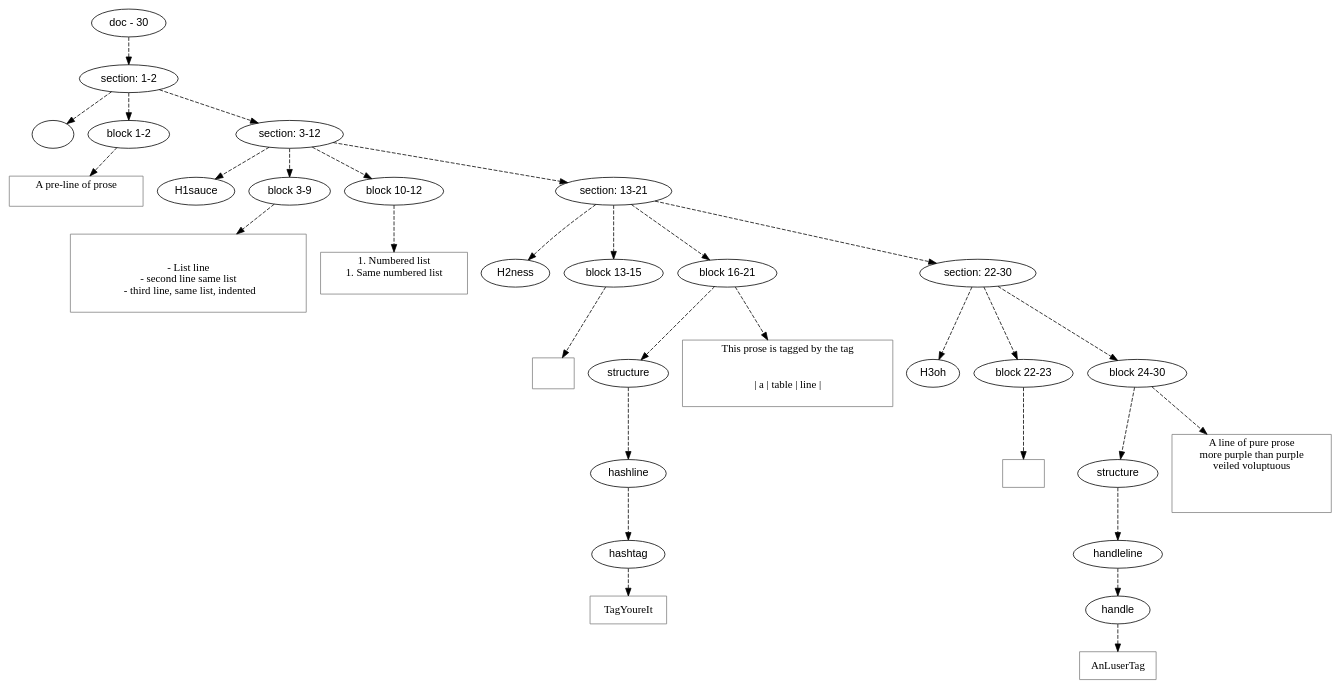
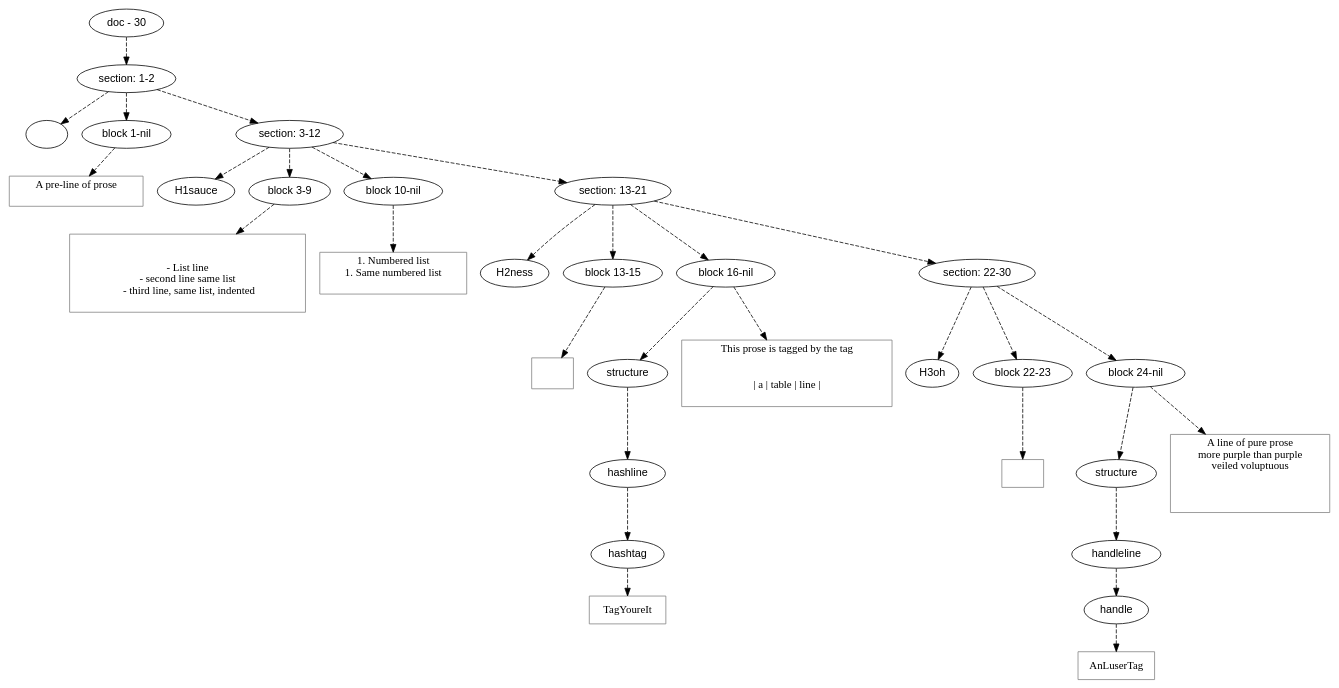
One commit to mnemnion/orb changed the diagram in orb/dot/samples/chunky.gm.dot. Above: the diagram before and after it, drawn with Graphviz. The commit also changed 40 other files, not shown here.

```diff
--- a/orb/dot/samples/chunky.gm.dot
+++ b/orb/dot/samples/chunky.gm.dot
@@ -1,117 +1,117 @@
 digraph hierarchy {
 
 node [fontname=Helvetica]
 edge [style=dashed]
 
 doc_0 [label="doc - 30"]
 
 doc_0 -> { section_1}
 {rank=same; section_1}
 
 section_1 [label="section: 1-2"]
 
 section_1 -> { header_2 block_3 section_4}
 {rank=same; header_2 block_3 section_4}
 
 header_2 [label=""]
-block_3 [label="block 1-2"]
+block_3 [label="block 1-nil"]
 section_4 [label="section: 3-12"]
 
 
 block_3 -> leaf_5
 leaf_5  [color=Gray,shape=rectangle,fontname=Inconsolata,label="A pre-line of prose
 
 "]section_4 -> { header_6 block_7 block_8 section_9}
 {rank=same; header_6 block_7 block_8 section_9}
 
 header_6 [label="H1sauce"]
 block_7 [label="block 3-9"]
-block_8 [label="block 10-12"]
+block_8 [label="block 10-nil"]
 section_9 [label="section: 13-21"]
 
 
 block_7 -> leaf_10
 leaf_10  [color=Gray,shape=rectangle,fontname=Inconsolata,label="
 
 - List line
 - second line same list
   - third line, same list, indented
 
 "]
 block_8 -> leaf_11
 leaf_11  [color=Gray,shape=rectangle,fontname=Inconsolata,label="1. Numbered list
 1. Same numbered list
 
 "]section_9 -> { header_12 block_13 block_14 section_15}
 {rank=same; header_12 block_13 block_14 section_15}
 
 header_12 [label="H2ness"]
 block_13 [label="block 13-15"]
-block_14 [label="block 16-21"]
+block_14 [label="block 16-nil"]
 section_15 [label="section: 22-30"]
 
 
 block_13 -> leaf_16
 leaf_16  [color=Gray,shape=rectangle,fontname=Inconsolata,label="
 
 "]block_14 -> { structure_17}
 {rank=same; structure_17}
 
 structure_17 [label="structure"]
 
 structure_17 -> { hashline_18}
 {rank=same; hashline_18}
 
 hashline_18 [label="hashline"]
 
 hashline_18 -> { hashtag_19}
 {rank=same; hashtag_19}
 
 hashtag_19 [label="hashtag"]
 
 
 hashtag_19 -> leaf_20
 leaf_20  [color=Gray,shape=rectangle,fontname=Inconsolata,label="TagYoureIt"]
 block_14 -> leaf_21
 leaf_21  [color=Gray,shape=rectangle,fontname=Inconsolata,label="This prose is tagged by the tag
 
 
 | a | table | line |
 
 "]section_15 -> { header_22 block_23 block_24}
 {rank=same; header_22 block_23 block_24}
 
 header_22 [label="H3oh"]
 block_23 [label="block 22-23"]
-block_24 [label="block 24-30"]
+block_24 [label="block 24-nil"]
 
 
 block_23 -> leaf_25
 leaf_25  [color=Gray,shape=rectangle,fontname=Inconsolata,label="
 "]block_24 -> { structure_26}
 {rank=same; structure_26}
 
 structure_26 [label="structure"]
 
 structure_26 -> { handleline_27}
 {rank=same; handleline_27}
 
 handleline_27 [label="handleline"]
 
 handleline_27 -> { handle_28}
 {rank=same; handle_28}
 
 handle_28 [label="handle"]
 
 
 handle_28 -> leaf_29
 leaf_29  [color=Gray,shape=rectangle,fontname=Inconsolata,label="AnLuserTag"]
 block_24 -> leaf_30
 leaf_30  [color=Gray,shape=rectangle,fontname=Inconsolata,label="A line of pure prose
 more purple than purple
 veiled voluptuous
 
 
 
 "]
 }
```
